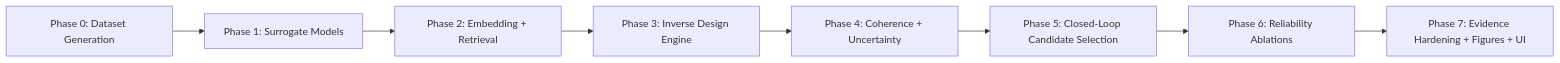
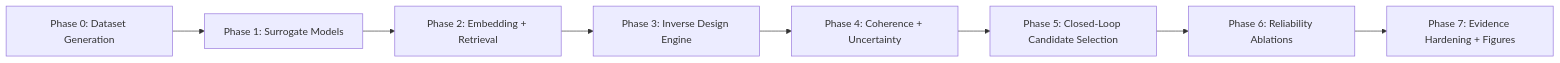
Before and after one commit to yousuftomal/QuForge: the diagram in README.md, drawn with Mermaid. The commit also changed other lines of this file and 3 other files, not shown here.

````diff
--- a/README.md
+++ b/README.md
@@ -26,10 +26,10 @@
 ```mermaid
 flowchart LR
     A[Phase 0: Dataset Generation] --> B[Phase 1: Surrogate Models]
     B --> C[Phase 2: Embedding + Retrieval]
     C --> D[Phase 3: Inverse Design Engine]
     D --> E[Phase 4: Coherence + Uncertainty]
     E --> F[Phase 5: Closed-Loop Candidate Selection]
     F --> G[Phase 6: Reliability Ablations]
-    G --> H[Phase 7: Evidence Hardening + Figures + UI]
+    G --> H[Phase 7: Evidence Hardening + Figures]
 ```
````
